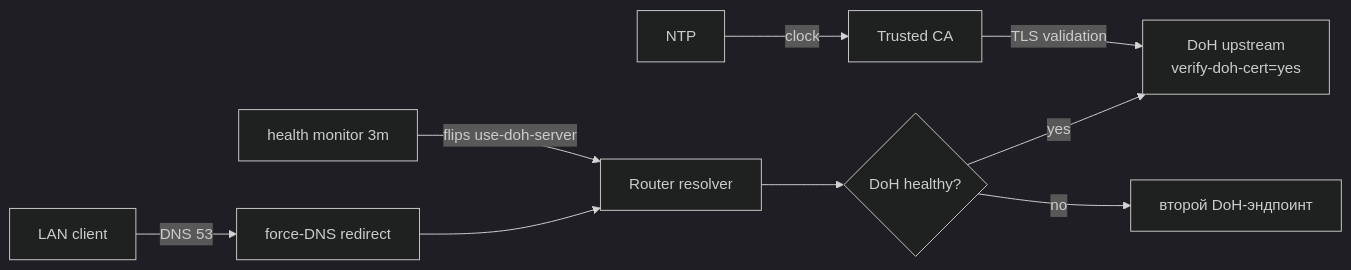
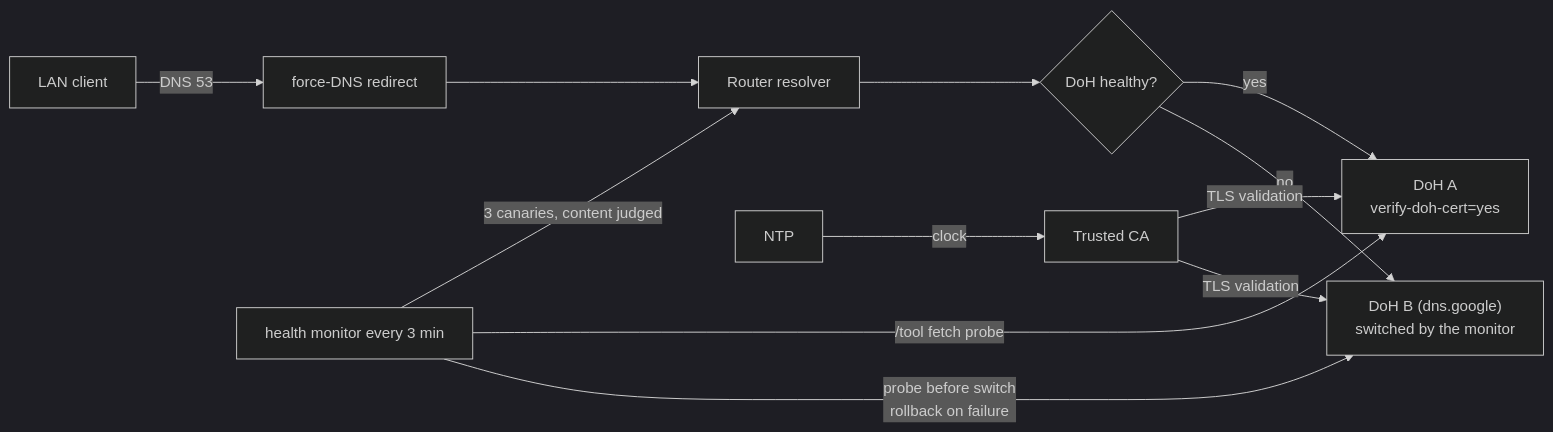
The diagram in README.ru.md (paulmann/mikrotik-doh-failover), drawn with Mermaid (dark theme) before and after one commit. The commit also changed other lines of this file and 14 other files, not shown here.

````diff
--- a/README.ru.md
+++ b/README.ru.md
@@ -99,11 +134,14 @@
 ```mermaid
 flowchart LR
     Client["LAN client"] -->|"DNS 53"| ForceDNS["force-DNS redirect"]
     ForceDNS --> Resolver["Router resolver"]
     Resolver --> Mode{"DoH healthy?"}
-    Mode -->|"yes"| DoH["DoH upstream<br/>verify-doh-cert=yes"]
-    Mode -->|"no"| Plain["второй DoH-эндпоинт"]
-    Monitor["health monitor 3m"] -->|"flips use-doh-server"| Resolver
+    Mode -->|"yes"| DoH["DoH A<br/>verify-doh-cert=yes"]
+    Mode -->|"no"| DoHB["DoH B (dns.google)<br/>switched by the monitor"]
+    Monitor["health monitor every 3 min"] -->|"3 canaries, content judged"| Resolver
+    Monitor -->|"/tool fetch probe"| DoH
+    Monitor -->|"probe before switch<br/>rollback on failure"| DoHB
     CA["Trusted CA"] -->|"TLS validation"| DoH
+    CA -->|"TLS validation"| DoHB
     NTP["NTP"] -->|"clock"| CA
 ```
````
